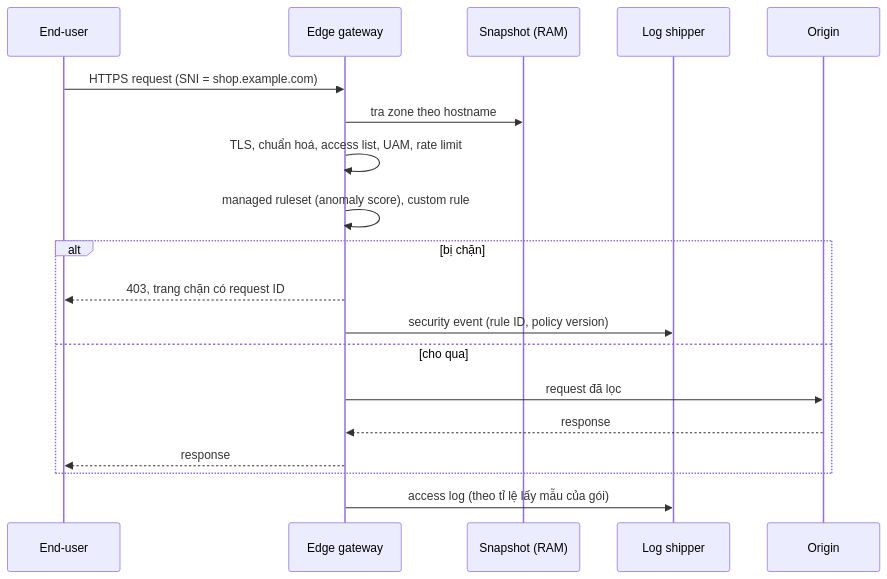
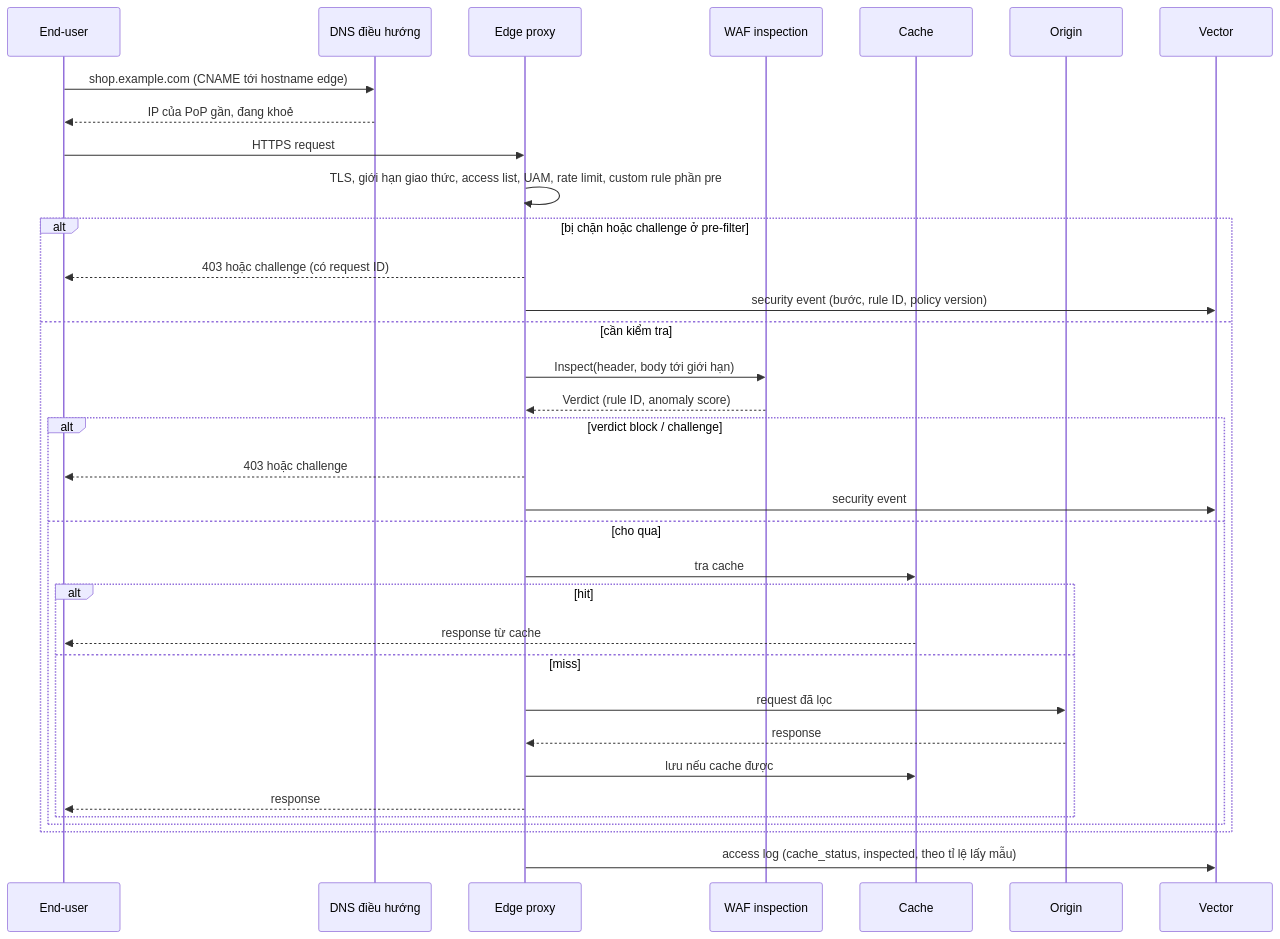
The first of 6 diagrams in docs/architecture/06-runtime/00-index.md (metap-org/metap-demo-waf), drawn with Mermaid before and after one commit. The commit also changed other lines of this file and 43 other files, not shown here.

````diff
--- a/docs/architecture/06-runtime/00-index.md
+++ b/docs/architecture/06-runtime/00-index.md
@@ -20,21 +20,36 @@
 ```mermaid
 sequenceDiagram
     participant U as End-user
-    participant G as Edge gateway
-    participant S as Snapshot (RAM)
-    participant L as Log shipper
+    participant D as DNS điều hướng
+    participant P as Edge proxy
+    participant W as WAF inspection
+    participant C as Cache
     participant O as Origin
-    U->>G: HTTPS request (SNI = shop.example.com)
-    G->>S: tra zone theo hostname
-    G->>G: TLS, chuẩn hoá, access list, UAM, rate limit
-    G->>G: managed ruleset (anomaly score), custom rule
-    alt bị chặn
-        G-->>U: 403, trang chặn có request ID
-        G->>L: security event (rule ID, policy version)
-    else cho qua
-        G->>O: request đã lọc
-        O-->>G: response
-        G-->>U: response
+    participant L as Vector
+    U->>D: shop.example.com (CNAME tới hostname edge)
+    D-->>U: IP của PoP gần, đang khoẻ
+    U->>P: HTTPS request
+    P->>P: TLS, giới hạn giao thức, access list, UAM, rate limit, custom rule phần pre
+    alt bị chặn hoặc challenge ở pre-filter
+        P-->>U: 403 hoặc challenge (có request ID)
+        P->>L: security event (bước, rule ID, policy version)
+    else cần kiểm tra
+        P->>W: Inspect(header, body tới giới hạn)
+        W-->>P: Verdict (rule ID, anomaly score)
+        alt verdict block / challenge
+            P-->>U: 403 hoặc challenge
+            P->>L: security event
+        else cho qua
+            P->>C: tra cache
+            alt hit
+                C-->>U: response từ cache
+            else miss
+                P->>O: request đã lọc
+                O-->>P: response
+                P->>C: lưu nếu cache được
+                P-->>U: response
+            end
+        end
     end
-    G->>L: access log (theo tỉ lệ lấy mẫu của gói)
+    P->>L: access log (cache_status, inspected, theo tỉ lệ lấy mẫu)
 ```
````
